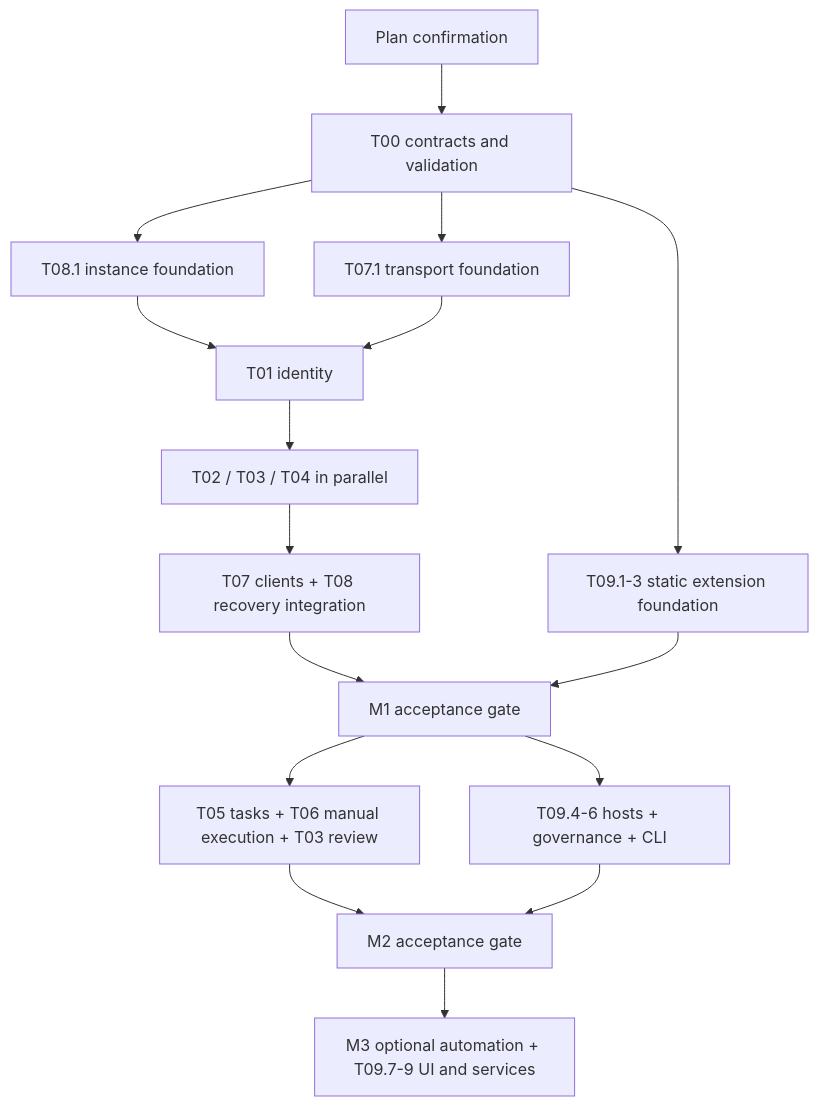
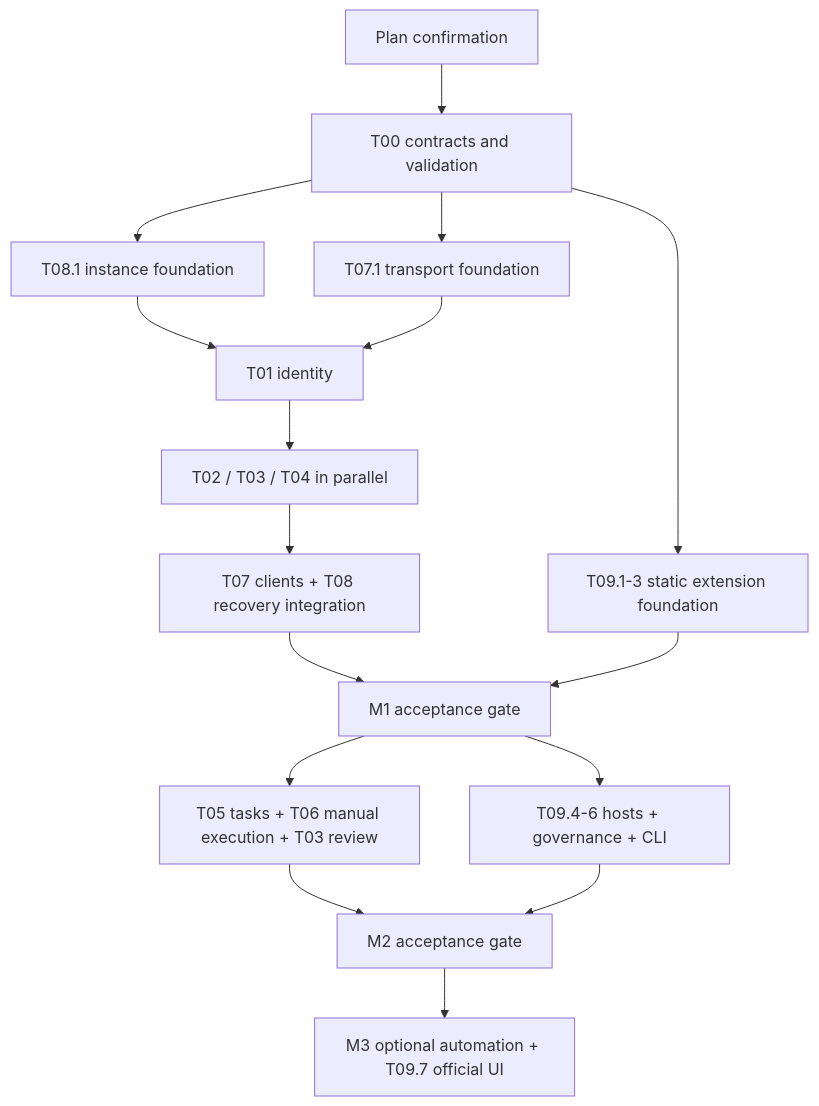
The diagram in docs/tasks/README.md (oujinhaoai/lantai), drawn with Mermaid before and after one commit. The commit also changed other lines of this file and 22 other files, not shown here.

````diff
--- a/docs/tasks/README.md
+++ b/docs/tasks/README.md
@@ -47,18 +47,18 @@
 ```mermaid
 flowchart TD
     Approval[Plan confirmation] --> Contracts[T00 contracts and validation]
     Contracts --> Bootstrap[T08.1 instance foundation]
     Contracts --> Transport[T07.1 transport foundation]
     Contracts --> Extensions[T09.1-3 static extension foundation]
     Bootstrap --> Identity[T01 identity]
     Transport --> Identity
     Identity --> Parallel[T02 / T03 / T04 in parallel]
     Parallel --> Integration[T07 clients + T08 recovery integration]
     Integration --> M1[M1 acceptance gate]
     Extensions --> M1
     M1 --> Collab[T05 tasks + T06 manual execution + T03 review]
     M1 --> Hosts[T09.4-6 hosts + governance + CLI]
     Collab --> M2[M2 acceptance gate]
     Hosts --> M2
-    M2 --> Auto[M3 optional automation + T09.7-9 UI and services]
+    M2 --> Auto[M3 optional automation + T09.7 official UI]
 ```
````
